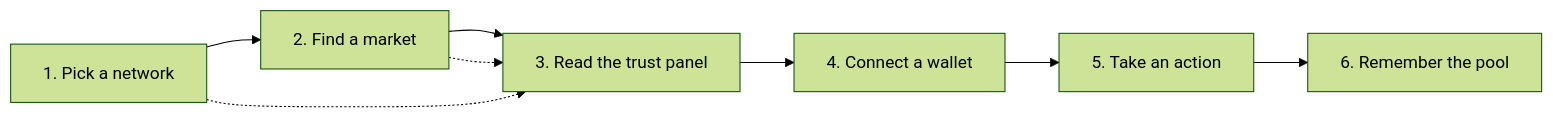
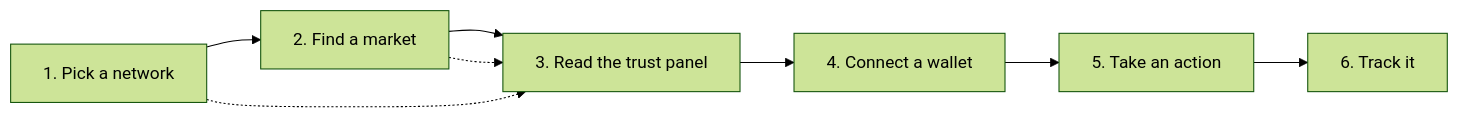
The diagram in docs-site/introduction/quickstart.md (ggmatch-mod/open-pendle), drawn with Mermaid (forest theme) before and after one commit. The commit also changed other lines of this file and 16 other files, not shown here.

````diff
--- a/docs-site/introduction/quickstart.md
+++ b/docs-site/introduction/quickstart.md
@@ -17,10 +30,10 @@
 ```mermaid
 flowchart LR
   A[1. Pick a network] --> B[2. Find a market]
   B --> C[3. Read the trust panel]
   C --> D[4. Connect a wallet]
   D --> E[5. Take an action]
-  E --> F[6. Remember the pool]
+  E --> F[6. Track it]
   A -.-> C
   B -.-> C
 ```
````
